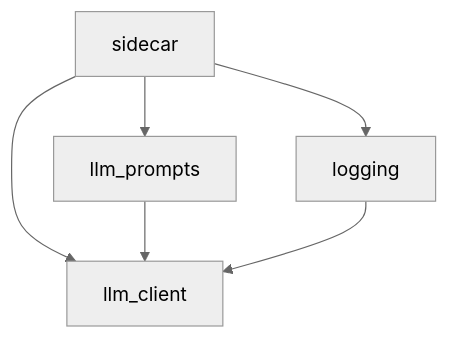
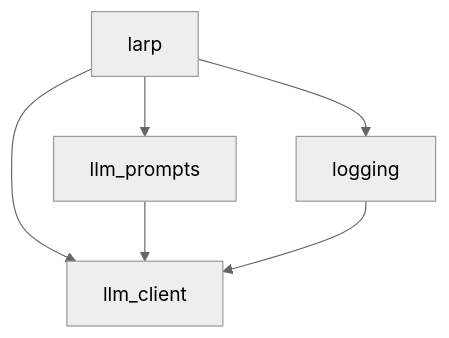
One commit to openSVM/larp changed the second of 14 diagrams in KNOWLEDGE_GRAPH.md. Above: the diagram before and after it, drawn with Mermaid (neutral theme). The commit also changed other lines of this file and 379 other files, not shown here.

````diff
--- a/KNOWLEDGE_GRAPH.md
+++ b/KNOWLEDGE_GRAPH.md
@@ -41,8 +41,8 @@
 ```mermaid
 graph TD
-    Sidecar["sidecar"] --> LLMClient["llm_client"] 
-    Sidecar --> LLMPrompts["llm_prompts"]
-    Sidecar --> Logging["logging"]
+    LARP["larp"] --> LLMClient["llm_client"] 
+    LARP --> LLMPrompts["llm_prompts"]
+    LARP --> Logging["logging"]
     LLMPrompts --> LLMClient
     Logging --> LLMClient
 ```
````
